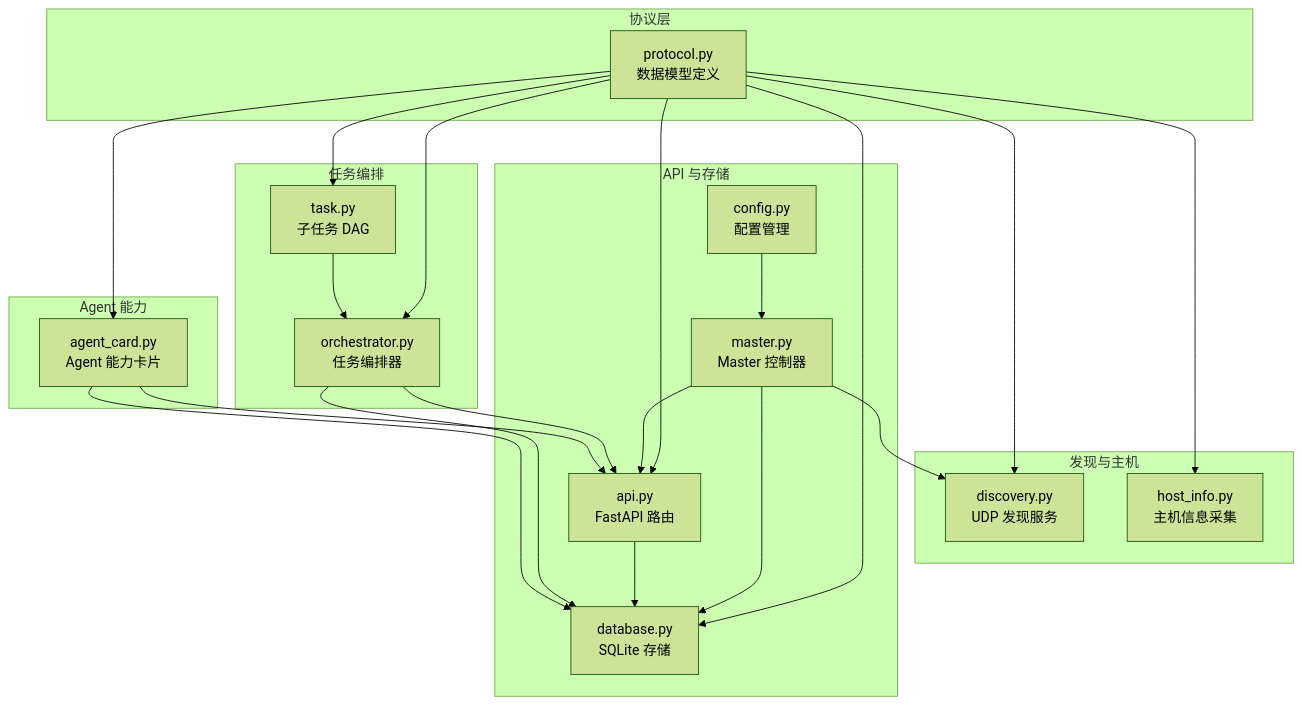
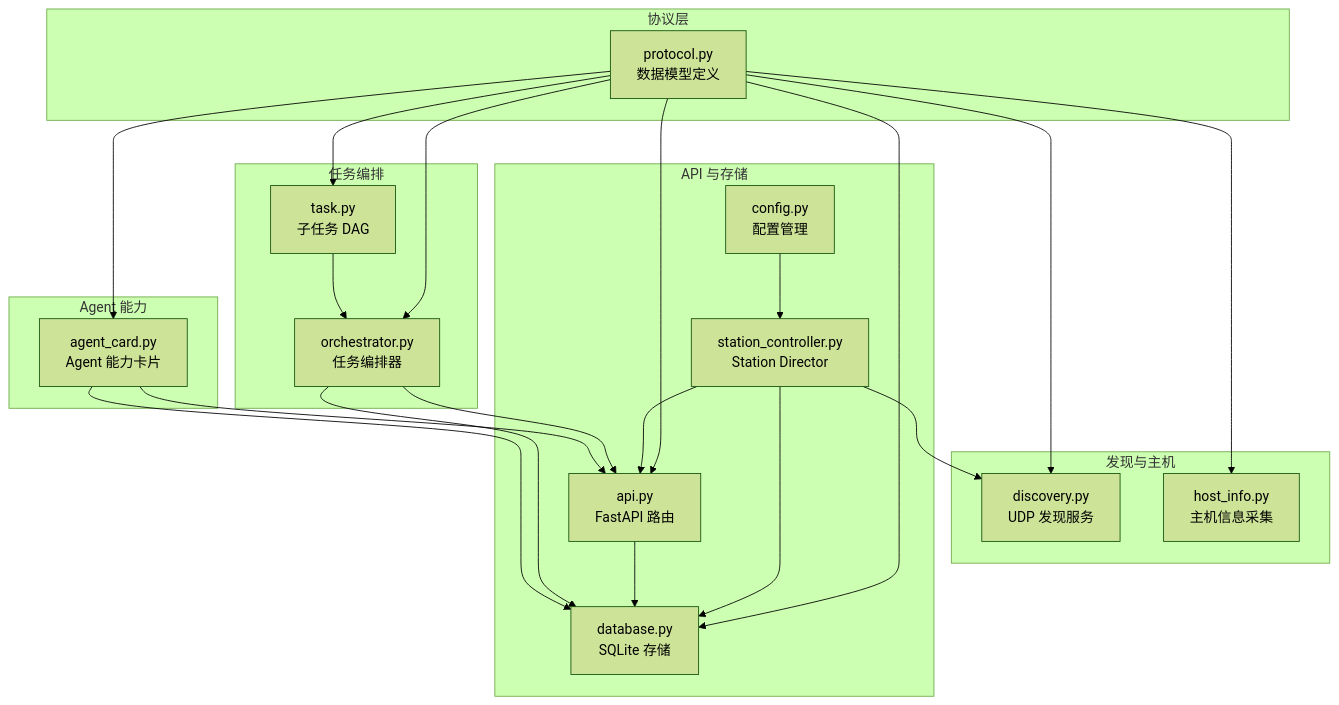
The first of 8 diagrams in .qoder/repowiki/zh/content/架构设计/Worker 代理/通信协议与消息格式/消息格式规范.md (targalian/Personal-distributed-workstation), drawn with Mermaid (forest theme) before and after one commit. The commit also changed other lines of this file and 63 other files, not shown here.

Commit message:
docs(station): 同步 repo wiki 至 station_controller/station_api 架构

````diff
--- a/.qoder/repowiki/zh/content/架构设计/Worker 代理/通信协议与消息格式/消息格式规范.md
+++ b/.qoder/repowiki/zh/content/架构设计/Worker 代理/通信协议与消息格式/消息格式规范.md
@@ -43,40 +43,40 @@
 ```mermaid
 graph TB
 subgraph "协议层"
 P["protocol.py<br/>数据模型定义"]
 end
 subgraph "发现与主机"
 D["discovery.py<br/>UDP 发现服务"]
 HI["host_info.py<br/>主机信息采集"]
 end
 subgraph "任务编排"
 ORCH["orchestrator.py<br/>任务编排器"]
 TASK["task.py<br/>子任务 DAG"]
 end
 subgraph "Agent 能力"
 AC["agent_card.py<br/>Agent 能力卡片"]
 end
 subgraph "API 与存储"
 API["api.py<br/>FastAPI 路由"]
 DB["database.py<br/>SQLite 存储"]
 CFG["config.py<br/>配置管理"]
-M["master.py<br/>Master 控制器"]
+M["station_controller.py<br/>Station Director"]
 end
 P --> D
 P --> HI
 P --> ORCH
 P --> TASK
 P --> AC
 P --> API
 P --> DB
 CFG --> M
 M --> D
 M --> API
 M --> DB
 API --> DB
 ORCH --> API
 ORCH --> DB
 TASK --> ORCH
 AC --> API
 AC --> DB
 ```
````
